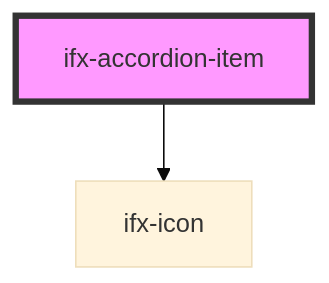
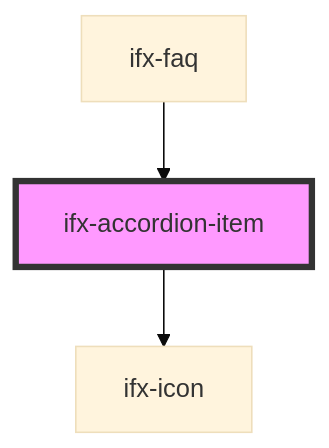
One commit to Infineon/infineon-design-system-stencil changed the diagram in packages/components/src/components/accordion/readme.md. Above: the diagram before and after it, drawn with Mermaid (base theme). The commit also changed other lines of this file and 8 other files, not shown here.

````diff
--- a/packages/components/src/components/accordion/readme.md
+++ b/packages/components/src/components/accordion/readme.md
@@ -53,5 +57,6 @@
 ```mermaid
 graph TD;
   ifx-accordion-item --> ifx-icon
+  ifx-faq --> ifx-accordion-item
   style ifx-accordion-item fill:#f9f,stroke:#333,stroke-width:4px
 ```
````
